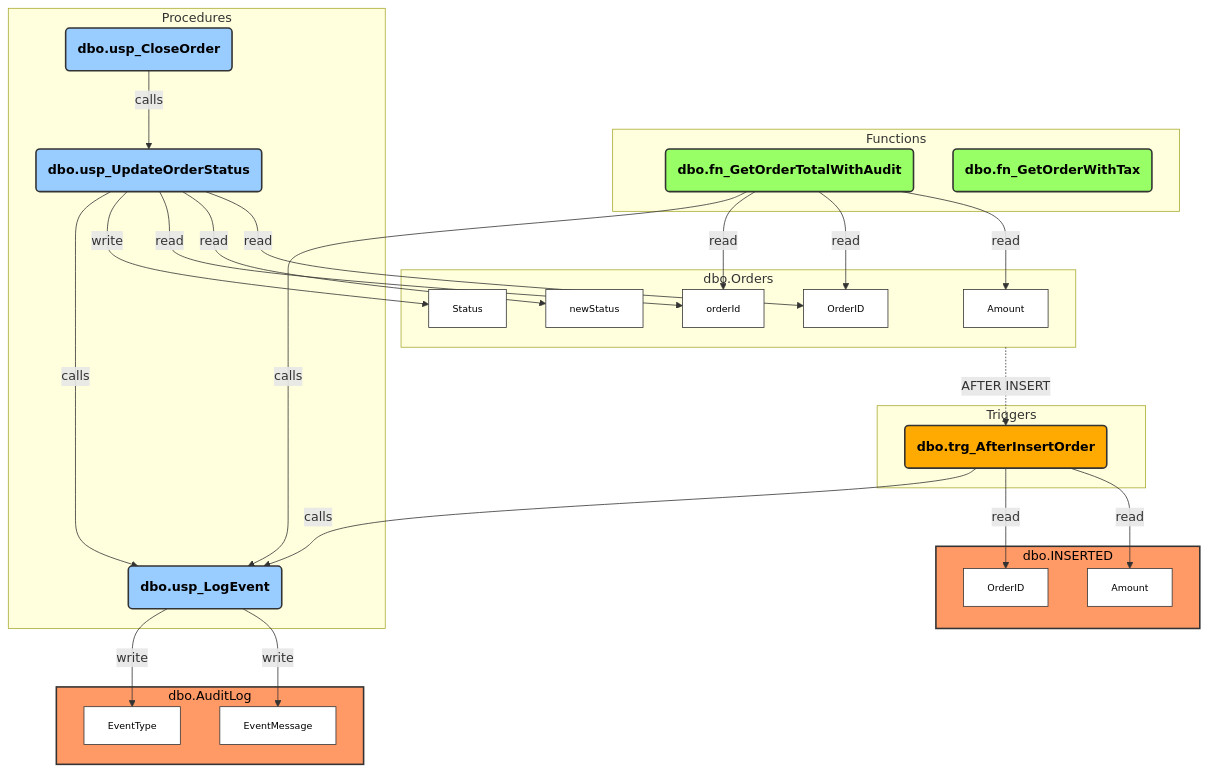
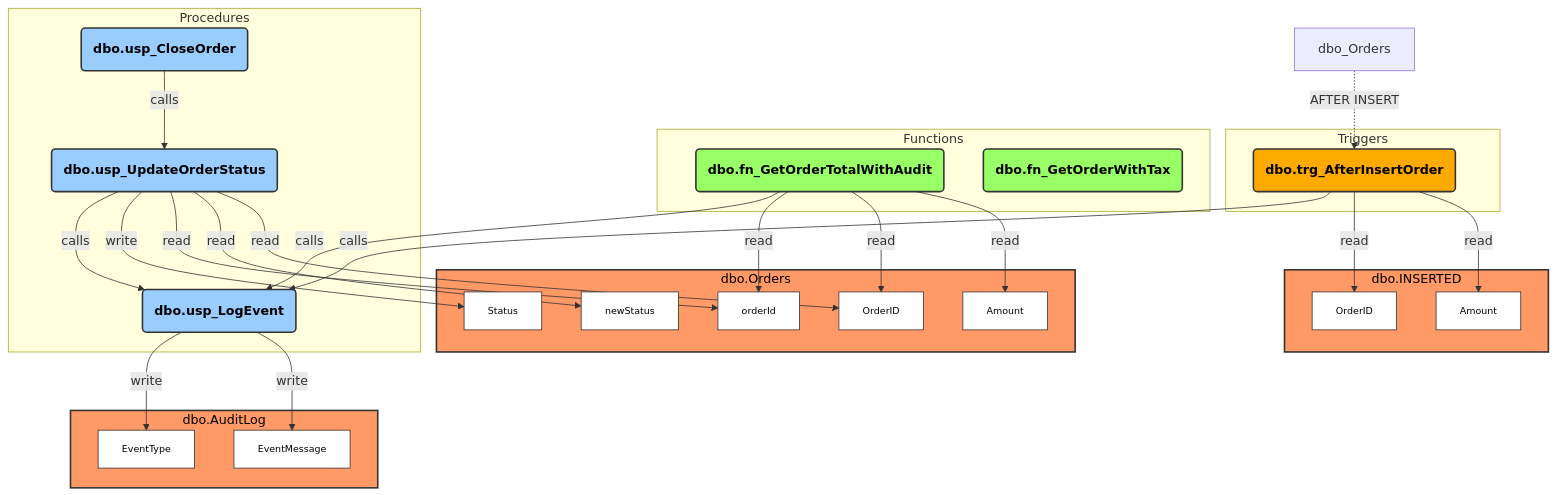
Before and after one commit to 25Jayesh10/Data_Lineage_Analyser_and_Document_Generator: the diagram in output/diagrams/lineage_diagram2.md, drawn with Mermaid. The commit also changed 15 other files, not shown here.

```diff
--- a/output/diagrams/lineage_diagram2.md
+++ b/output/diagrams/lineage_diagram2.md
@@ -28,23 +28,23 @@
 
     %% --- Node Definitions --- %%
 
-    subgraph dbo_AuditLog["dbo.AuditLog"]
+    subgraph sg_dbo_AuditLog["dbo.AuditLog"]
         dbo_AuditLog_EventMessage["EventMessage"];
         class dbo_AuditLog_EventMessage column;
         dbo_AuditLog_EventType["EventType"];
         class dbo_AuditLog_EventType column;
     end
-    class dbo_AuditLog table;
+    class sg_dbo_AuditLog table;
 
-    subgraph dbo_INSERTED["dbo.INSERTED"]
+    subgraph sg_dbo_INSERTED["dbo.INSERTED"]
         dbo_INSERTED_Amount["Amount"];
         class dbo_INSERTED_Amount column;
         dbo_INSERTED_OrderID["OrderID"];
         class dbo_INSERTED_OrderID column;
     end
-    class dbo_INSERTED table;
+    class sg_dbo_INSERTED table;
 
-    subgraph dbo_Orders["dbo.Orders"]
+    subgraph sg_dbo_Orders["dbo.Orders"]
         dbo_Orders_Amount["Amount"];
         class dbo_Orders_Amount column;
         dbo_Orders_OrderID["OrderID"];
@@ -56,7 +56,7 @@
         dbo_Orders_orderId["orderId"];
         class dbo_Orders_orderId column;
     end
-    class dbo_Orders table;
+    class sg_dbo_Orders table;
     dbo_fn_GetOrderTotalWithAudit("dbo.fn_GetOrderTotalWithAudit");
     class dbo_fn_GetOrderTotalWithAudit function;
     dbo_fn_GetOrderWithTax("dbo.fn_GetOrderWithTax");
```
